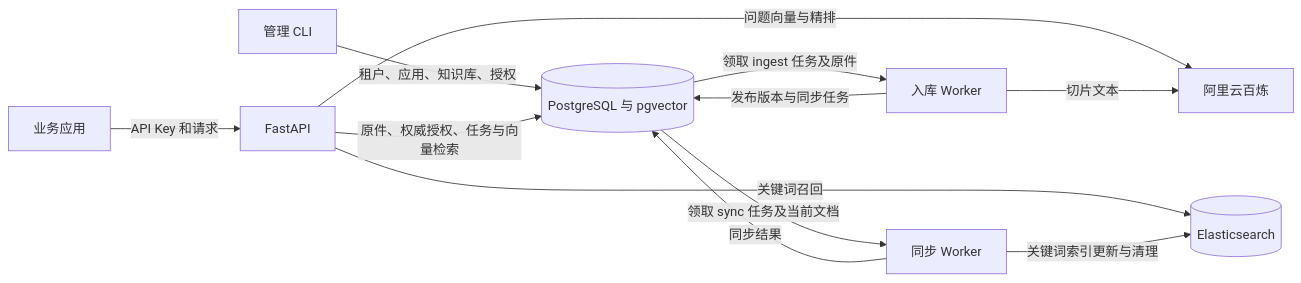
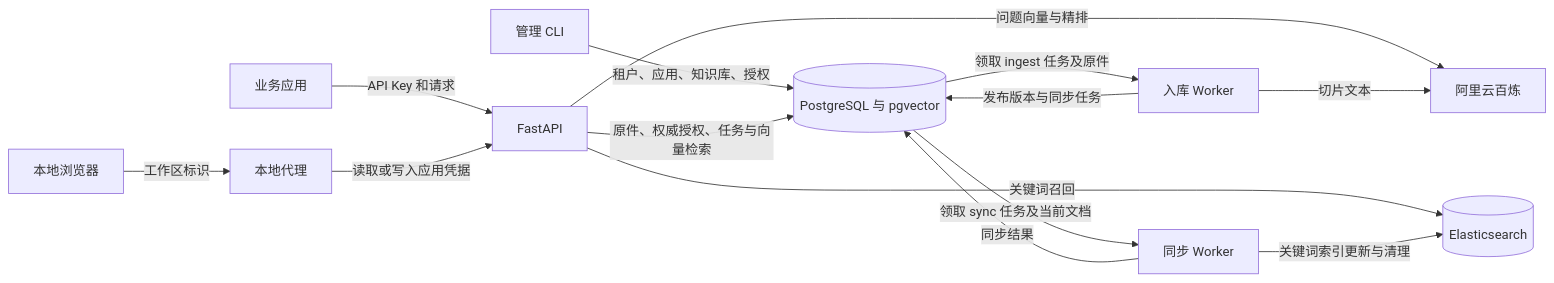
The first of 3 diagrams in docs/other/implementation-review.md (celanwang/rag), drawn with Mermaid before and after one commit. The commit also changed other lines of this file and 8 other files, not shown here.

````diff
--- a/docs/other/implementation-review.md
+++ b/docs/other/implementation-review.md
@@ -11,14 +13,16 @@
 ```mermaid
 flowchart LR
     C[业务应用] -->|API Key 和请求| A[FastAPI]
+    B[本地浏览器] -->|工作区标识| V[本地代理]
+    V -->|读取或写入应用凭据| A
     O[管理 CLI] -->|租户、应用、知识库、授权| P[(PostgreSQL 与 pgvector)]
     A -->|原件、权威授权、任务与向量检索| P
     A -->|关键词召回| E[(Elasticsearch)]
     A -->|问题向量与精排| M[阿里云百炼]
     P -->|领取 ingest 任务及原件| I[入库 Worker]
     I -->|切片文本| M
     I -->|发布版本与同步任务| P
     P -->|领取 sync 任务及当前文档| W[同步 Worker]
     W -->|关键词索引更新与清理| E
     W -->|同步结果| P
 ```
````
